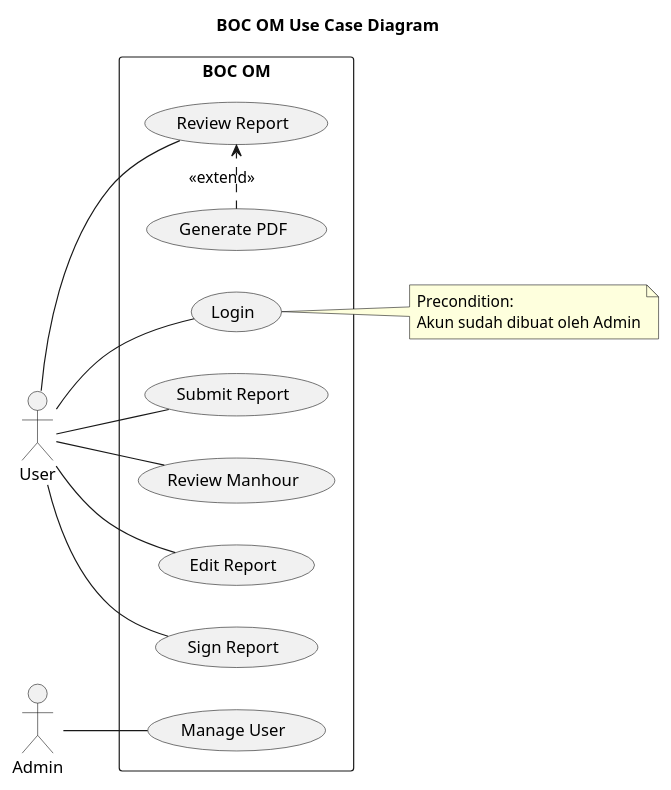
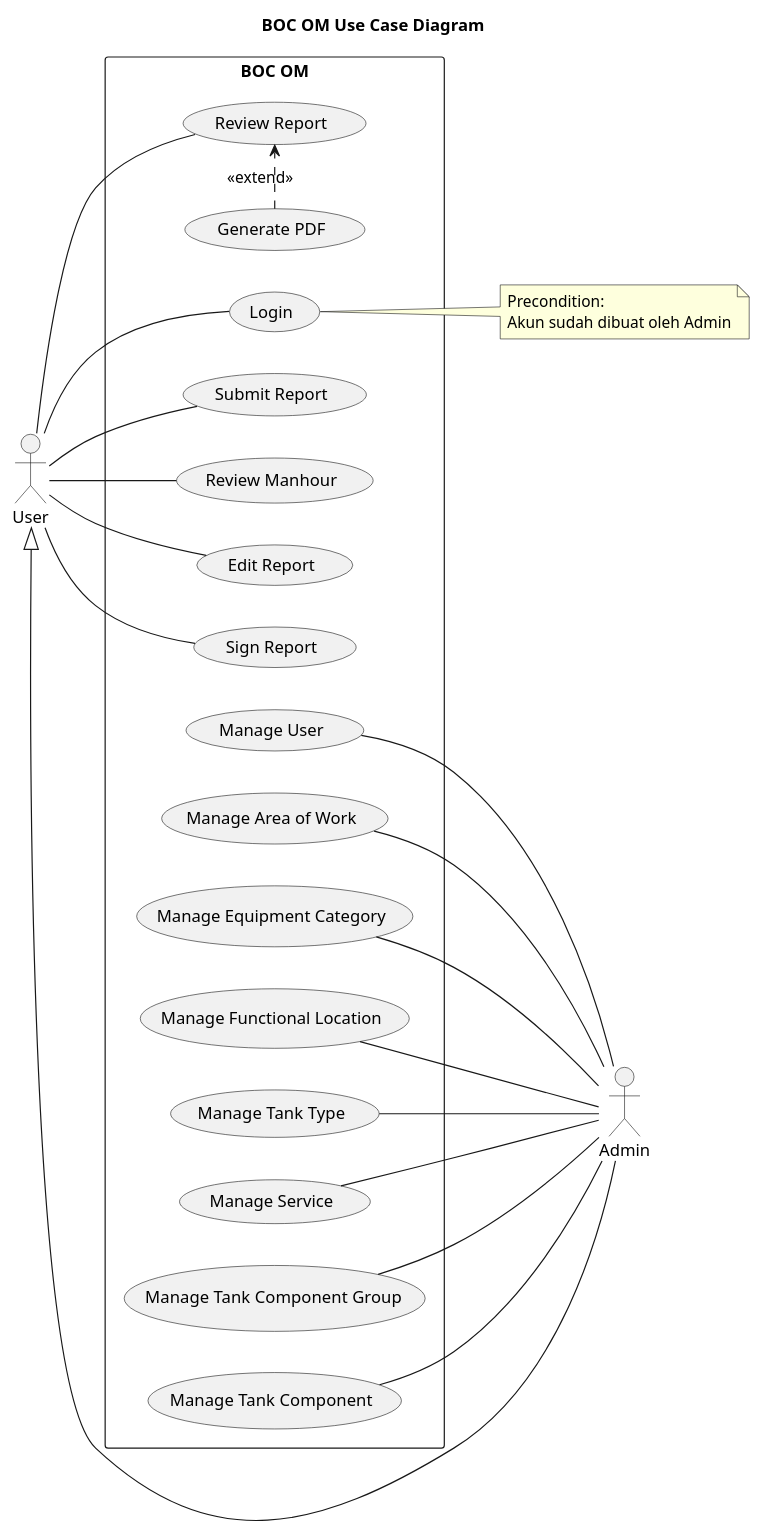
Before and after one commit to billdansr/kanban-boc-om: the first of 4 diagrams in Kanban/01-Requirements.md, drawn with PlantUML. The commit also changed other lines of this file and 21 other files, not shown here.

````diff
--- a/Kanban/01-Requirements.md
+++ b/Kanban/01-Requirements.md
@@ -3,38 +3,54 @@
 ```plantuml
 @startuml
 title BOC OM Use Case Diagram
 
 left to right direction
 
 actor "User" as user
 actor "Admin" as admin
+
+user <|-- admin
 
 rectangle "BOC OM" {
   (Login) as login
   (Submit Report) as report
   (Review Report) as review
   (Review Manhour) as manhour
   (Edit Report) as edit
   (Sign Report) as sign
   (Generate PDF) as generatepdf
   
   (Manage User) as manageuser
+  (Manage Area of Work) as managearea
+  (Manage Equipment Category) as manageequipment
+  (Manage Functional Location) as managelocation
+  (Manage Tank Type) as managetanktype
+  (Manage Service) as manageservice
+  (Manage Tank Component Group) as managetankcomponentgroup
+  (Manage Tank Component) as managetankcomponent
   
   generatepdf .> review : <<extend>>
 }
 
 user -- login
 user -- report
 user -- review
 user -- manhour
 user -- edit
 user -- sign
 
-admin -- manageuser
+manageuser -- admin
+managearea -- admin
+manageequipment -- admin
+managelocation -- admin
+managetanktype -- admin
+manageservice -- admin
+managetankcomponentgroup -- admin
+managetankcomponent -- admin
 
 note right of login
   Precondition:
   Akun sudah dibuat oleh Admin
 end note
 @enduml
 ```
````
